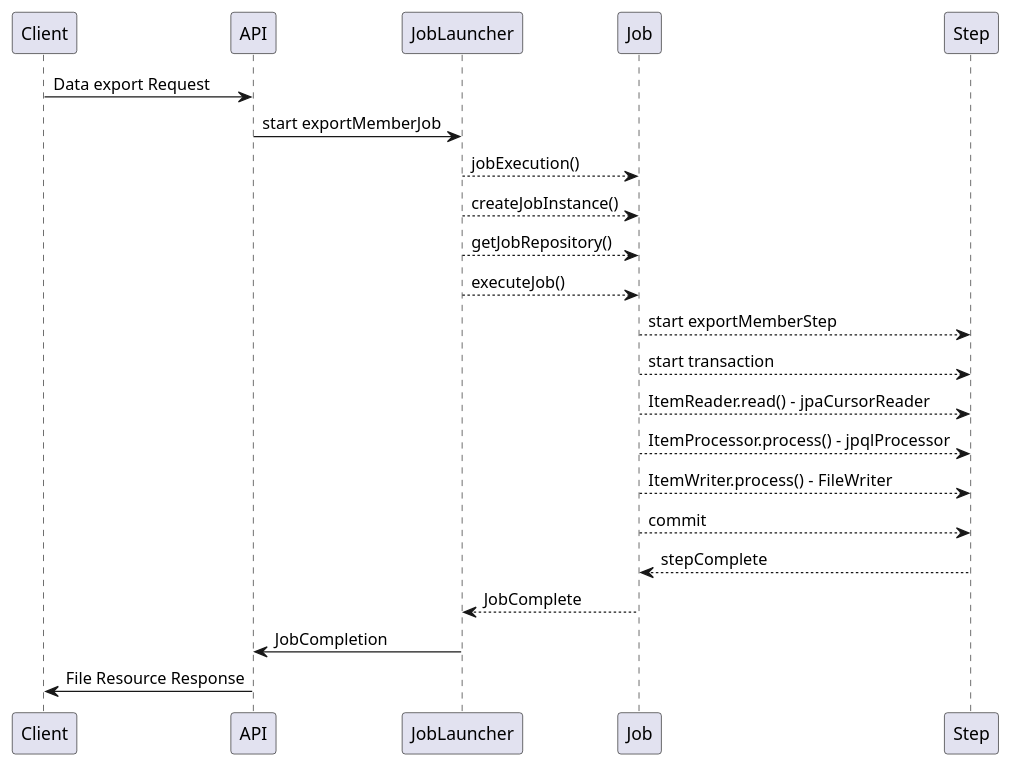
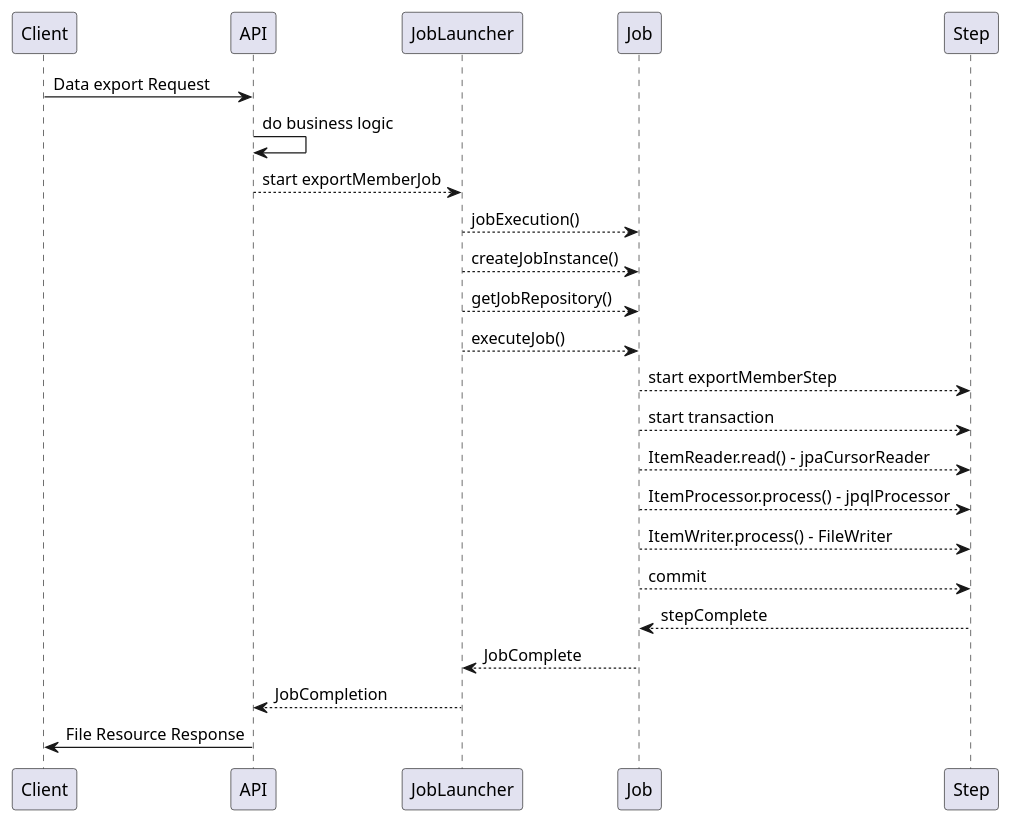
One commit to nalpari/interp.ia.api changed the diagram in sequenceDiagram/ExportMemberJob.puml. Above: the diagram before and after it, drawn with PlantUML. The commit also changed 1 other file, not shown here.

Commit message:
docs: job Sequence diagram 수정

```diff
--- a/sequenceDiagram/ExportMemberJob.puml
+++ b/sequenceDiagram/ExportMemberJob.puml
@@ -1,38 +1,42 @@
 @startuml
 Client -> API: Data export Request
 
-API -> JobLauncher: start exportMemberJob
+API -> API : do business logic
+'업로드 한 파일 서버에 저장하는 로직 수행
+'업로드 한 파일 이름에 따라 파일 경로를 job Parameter 에 지정
+API --> JobLauncher: start exportMemberJob
 'JobLauncher 에 배치 작업 시작 지시
+
 
 JobLauncher --> Job: jobExecution()
 JobLauncher --> Job: createJobInstance()
 JobLauncher --> Job: getJobRepository()
 '작업 상태 관리 -> 배치 처음 실행시키면 생성되는 테이블들로 관리된다.
 '각 작업의 status, 생성된 instance 들의 정보를 가지고 있다.
 JobLauncher --> Job: executeJob()
 
 Job --> Step : start exportMemberStep
 Job --> Step : start transaction
 Job --> Step : ItemReader.read() - jpaCursorReader
 'JpaItemReader 통해 DB에 저장된 데이터 쿼리문으로 읽음
 Job --> Step : ItemProcessor.process() - jpqlProcessor
 'Member 타입으로 읽고 Object[] 로 형변환
 '원하는 컬럼만 export 하기 위함
 Job --> Step : ItemWriter.process() - FileWriter
 '데이터 엑셀, csv 파일 형식으로 작성
 Job --> Step : commit
 'step이 실행될 동안 반환된 에러가 없다면 데이터 커밋
 
 Step --> Job : stepComplete
 
 Job --> JobLauncher : JobComplete
 'importMemberJob 의 모든 step 이 완료되었음
 
-JobLauncher -> API : JobCompletion
+JobLauncher --> API : JobCompletion
 '작업이 완료된 이후 리스너로 처리가 가능하지만 service 단에서 관리하도록 구현
 
 API -> Client : File Resource Response
 '저장된 파일 클라이언트에게 리소스 형태로 반환
 
 
 @enduml
```
